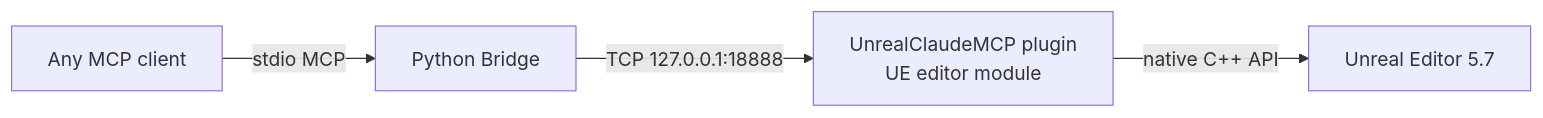
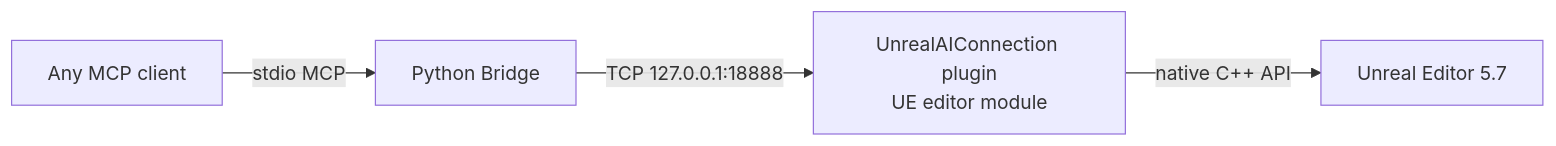
The first of 2 diagrams in README.md (NAJEMWEHBE/unreal-ai-connection), drawn with Mermaid before and after one commit. The commit also changed other lines of this file and 142 other files, not shown here.

First line of the commit message:
refactor!: rename UE plugin/module UnrealClaudeMCP → UnrealAIConnection (breaking) (#254)

````diff
--- a/README.md
+++ b/README.md
@@ -109,6 +109,6 @@
 ```mermaid
 graph LR
     A[Any MCP client] -->|stdio MCP| B[Python Bridge]
-    B -->|TCP 127.0.0.1:18888| C[UnrealClaudeMCP plugin<br/>UE editor module]
+    B -->|TCP 127.0.0.1:18888| C[UnrealAIConnection plugin<br/>UE editor module]
     C -->|native C++ API| D[Unreal Editor 5.7]
 ```
````
